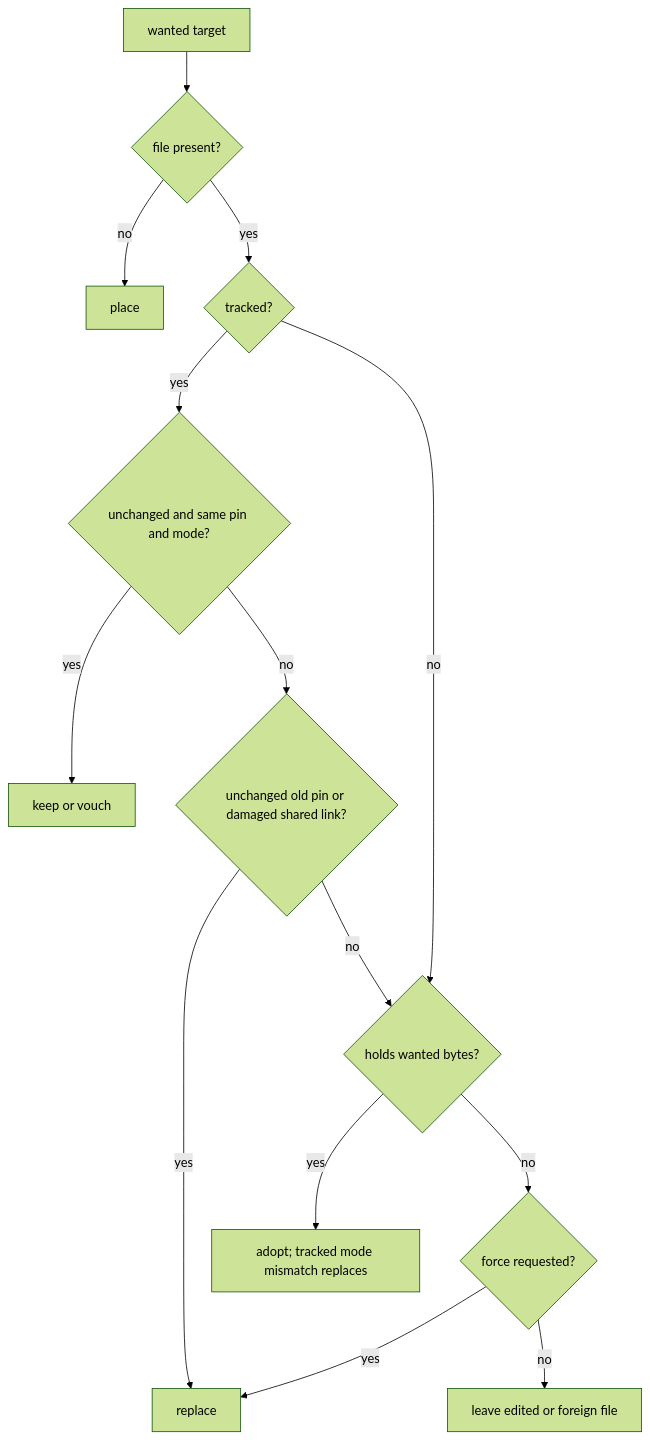
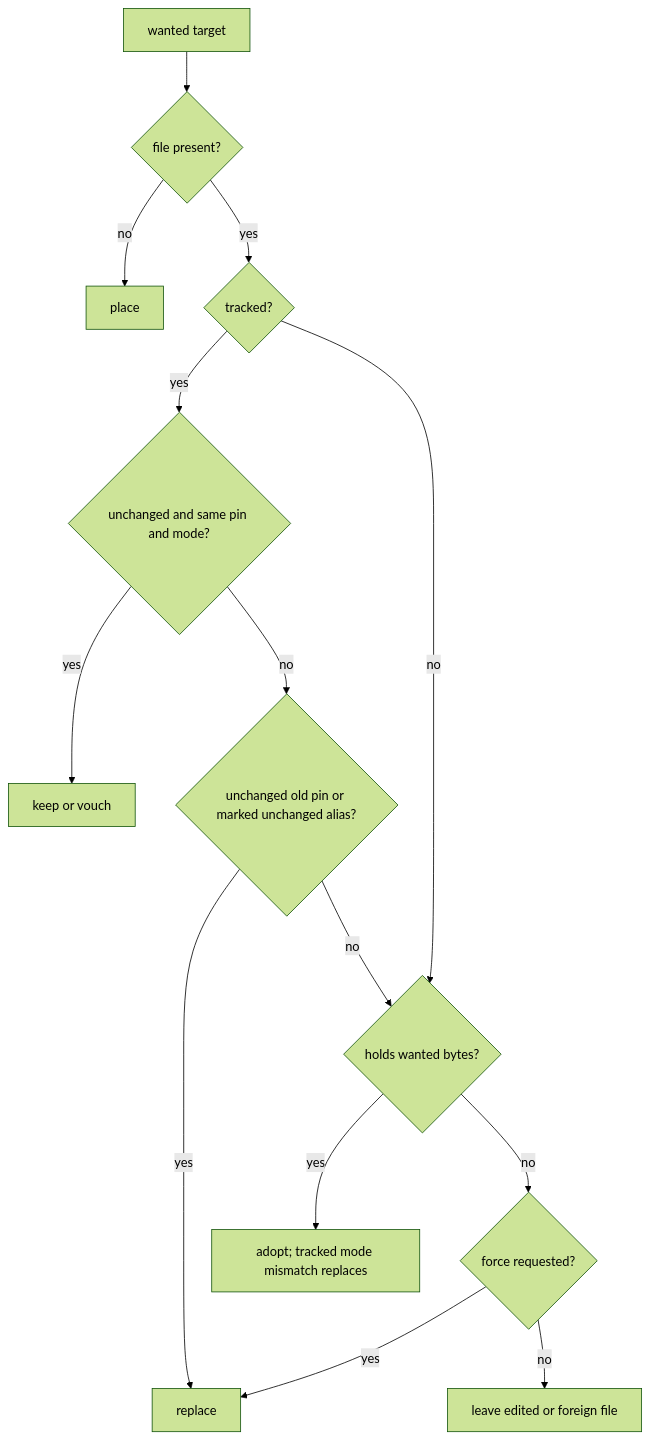
One commit to nikhil-yn-aix/fetchloom changed the diagram in docs/dev/architecture/placing.md. Above: the diagram before and after it, drawn with Mermaid (forest theme). The commit also changed other lines of this file and 1 other file, not shown here.

Commit message:
explain locked entry checks and shared link decisions

````diff
--- a/docs/dev/architecture/placing.md
+++ b/docs/dev/architecture/placing.md
@@ -32,16 +32,16 @@
 ```mermaid
 flowchart TD
     target["wanted target"] --> exists{"file present?"}
     exists -->|no| place["place"]
     exists -->|yes| tracked{"tracked?"}
     tracked -->|yes| unchanged{"unchanged and same pin and mode?"}
     unchanged -->|yes| keep["keep or vouch"]
-    unchanged -->|no| safe{"unchanged old pin or damaged shared link?"}
+    unchanged -->|no| safe{"unchanged old pin or marked unchanged alias?"}
     safe -->|yes| replace["replace"]
     safe -->|no| equal{"holds wanted bytes?"}
     tracked -->|no| equal
     equal -->|yes| adopt["adopt; tracked mode mismatch replaces"]
     equal -->|no| force{"force requested?"}
     force -->|yes| replace
     force -->|no| leave["leave edited or foreign file"]
 ```
````
